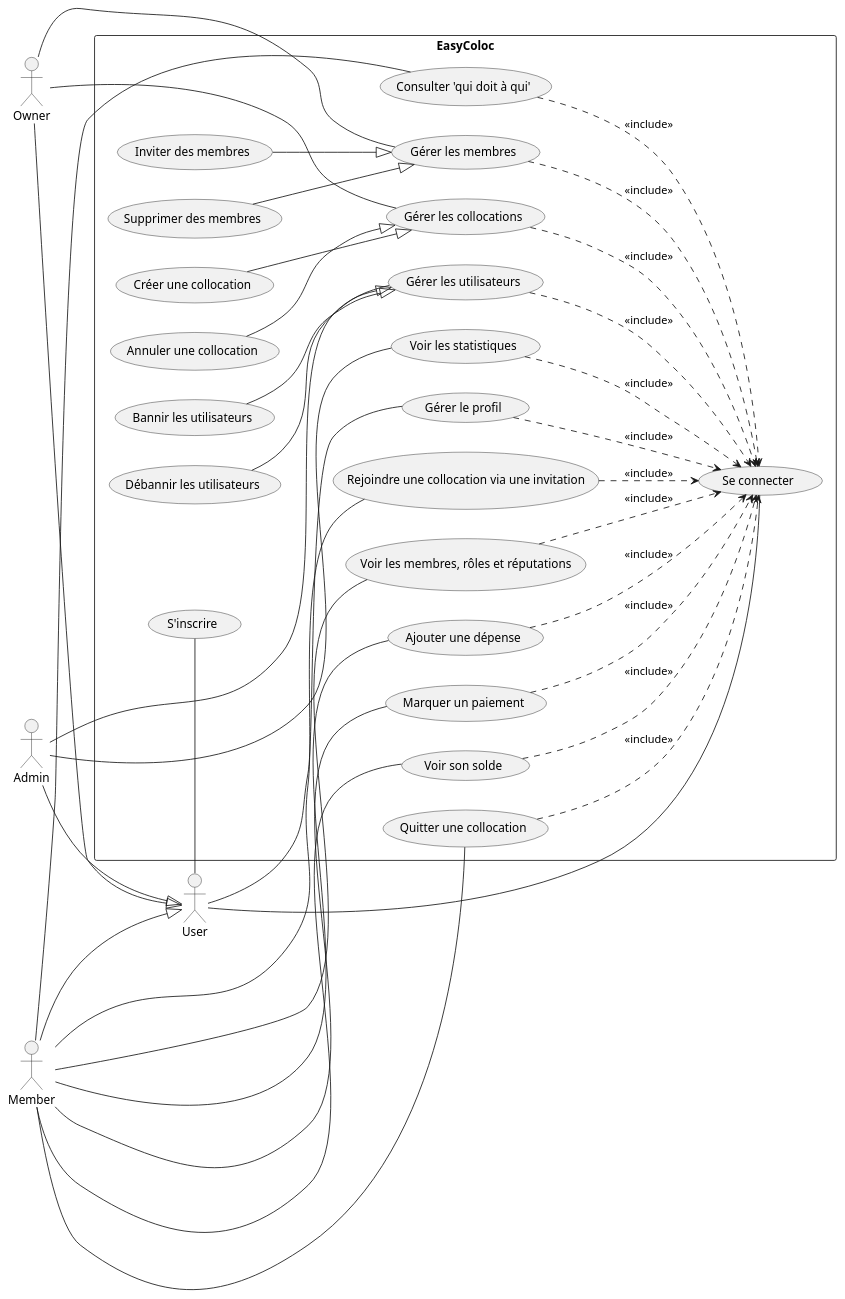
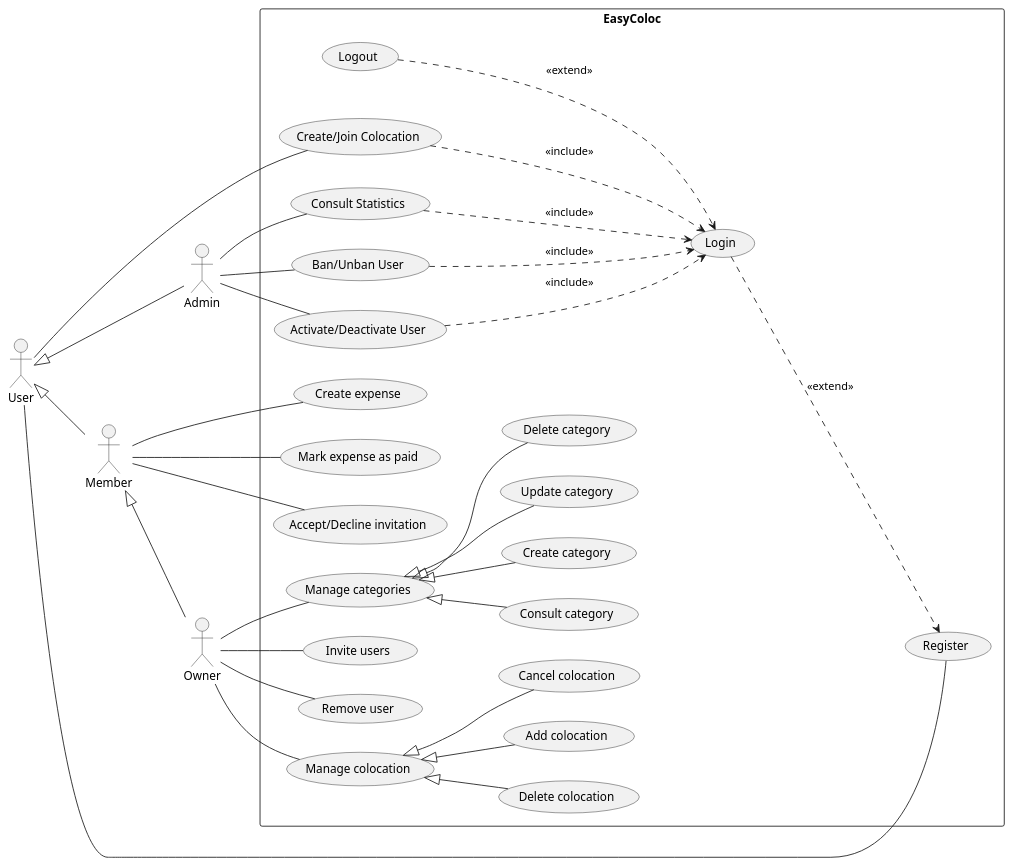
Before and after one commit to houssam-mirrou/EasyColoc: the diagram in Conception/use_case.puml, drawn with PlantUML. The commit also changed 3 other files, not shown here.

```diff
--- a/Conception/use_case.puml
+++ b/Conception/use_case.puml
@@ -1,96 +1,87 @@
 @startuml
 left to right direction
-skinparam packageStyle rectangle
-skinparam monochrome true
-skinparam shadowing false
 
-actor "User" as U
-actor "Owner" as O
-actor "Member" as M
-actor "Admin" as A
+' --- Actors ---
+actor User
+actor Admin
+actor Member
+actor Owner
 
-' Actor Inheritance
-O --|> U
-M --|> U
-A --|> U
+' --- Actor Inheritance ---
+User <|-- Admin
+User <|-- Member
+Member <|-- Owner
 
+' --- System Boundary ---
 rectangle "EasyColoc" {
+
     ' General Use Cases
-    usecase "Se connecter" as UC_Login
-    usecase "S'inscrire" as UC_Register
-    usecase "Gérer le profil" as UC_Profile
+    usecase "Register" as UC1
+    usecase "Login" as UC2
+    usecase "Logout" as UC3
+    usecase "Consult Statistics" as UC4
+    usecase "Ban/Unban User" as UC5
+    usecase "Activate/Deactivate User" as UC6
+    usecase "Create/Join Colocation" as UC7
 
-    ' Owner Specific
-    usecase "Gérer les membres" as UC_ManageMembers
-    usecase "Inviter des membres" as UC_Invite
-    usecase "Supprimer des membres" as UC_RemoveMember
-    
-    usecase "Gérer les collocations" as UC_ManageColloc
-    usecase "Créer une collocation" as UC_CreateColloc
-    usecase "Annuler une collocation" as UC_CancelColloc
+    ' Colocation Specific Use Cases
+    usecase "Create expense" as UC8
+    usecase "Mark expense as paid" as UC9
+    usecase "Invite users" as UC10
+    usecase "Remove user" as UC11
+    usecase "Manage colocation" as UC12
+    usecase "Add colocation" as UC13
+    usecase "Cancel colocation" as UC14
+    usecase "Delete colocation" as UC15
 
-    ' Member Specific
-    usecase "Rejoindre une collocation via une invitation" as UC_Join
-    usecase "Voir les membres, rôles et réputations" as UC_ViewMembers
-    usecase "Ajouter une dépense" as UC_AddExpense
-    usecase "Marquer un paiement" as UC_MarkPayment
-    usecase "Voir son solde" as UC_ViewBalance
-    usecase "Consulter 'qui doit à qui'" as UC_WhoOwesWho
-    usecase "Quitter une collocation" as UC_Quit
+    usecase "Manage categories" as UC16
+    usecase "Consult category" as UC17
+    usecase "Create category" as UC18
+    usecase "Update category" as UC19
+    usecase "Delete category" as UC20
 
-    ' Admin Specific
-    usecase "Voir les statistiques" as UC_Stats
-    usecase "Gérer les utilisateurs" as UC_ManageUsers
-    usecase "Bannir les utilisateurs" as UC_Ban
-    usecase "Débannir les utilisateurs" as UC_Unban
+    usecase "Accept/Decline invitation" as UC21
 
     ' --- Relationships ---
 
-    ' User Associations
-    U -- UC_Register
-    U -- UC_Login
-    U -- UC_Profile
+    ' User
+    User -- UC1
+    User -- UC7
 
-    ' Owner Associations
-    O -- UC_ManageMembers
-    O -- UC_ManageColloc
+    ' Admin
+    Admin -- UC4
+    Admin -- UC5
+    Admin -- UC6
 
-    ' Member Associations
-    M -- UC_Join
-    M -- UC_ViewMembers
-    M -- UC_AddExpense
-    M -- UC_MarkPayment
-    M -- UC_ViewBalance
-    M -- UC_WhoOwesWho
-    M -- UC_Quit
+    ' Member
+    Member -- UC8
+    Member -- UC9
+    Member -- UC21
 
-    ' Admin Associations
-    A -- UC_Stats
-    A -- UC_ManageUsers
+    ' Owner
+    Owner -- UC10
+    Owner -- UC11
+    Owner -- UC12
+    Owner -- UC16
 
-    ' Includes (Authentication required)
-    UC_Profile ..> UC_Login : <<include>>
-    UC_ManageMembers ..> UC_Login : <<include>>
-    UC_ManageColloc ..> UC_Login : <<include>>
-    UC_Join ..> UC_Login : <<include>>
-    UC_ViewMembers ..> UC_Login : <<include>>
-    UC_AddExpense ..> UC_Login : <<include>>
-    UC_MarkPayment ..> UC_Login : <<include>>
-    UC_ViewBalance ..> UC_Login : <<include>>
-    UC_WhoOwesWho ..> UC_Login : <<include>>
-    UC_Quit ..> UC_Login : <<include>>
-    UC_Stats ..> UC_Login : <<include>>
-    UC_ManageUsers ..> UC_Login : <<include>>
+    ' Use Case Generalizations
+    UC12 <|-- UC13
+    UC12 <|-- UC14
+    UC12 <|-- UC15
 
-    ' Generalizations (Specialized actions)
-    UC_Invite --|> UC_ManageMembers
-    UC_RemoveMember --|> UC_ManageMembers
-    
-    UC_CreateColloc --|> UC_ManageColloc
-    UC_CancelColloc --|> UC_ManageColloc
+    UC16 <|-- UC17
+    UC16 <|-- UC18
+    UC16 <|-- UC19
+    UC16 <|-- UC20
 
-    UC_Ban --|> UC_ManageUsers
-    UC_Unban --|> UC_ManageUsers
+    ' Includes and Extends
+    UC2 ...> UC1 : <<extend>>
+    UC3 ...> UC2 : <<extend>>
+
+    UC4 ...> UC2 : <<include>>
+    UC5 ...> UC2 : <<include>>
+    UC6 ...> UC2 : <<include>>
+    UC7 ...> UC2 : <<include>>
+
 }
-
 @enduml
```
